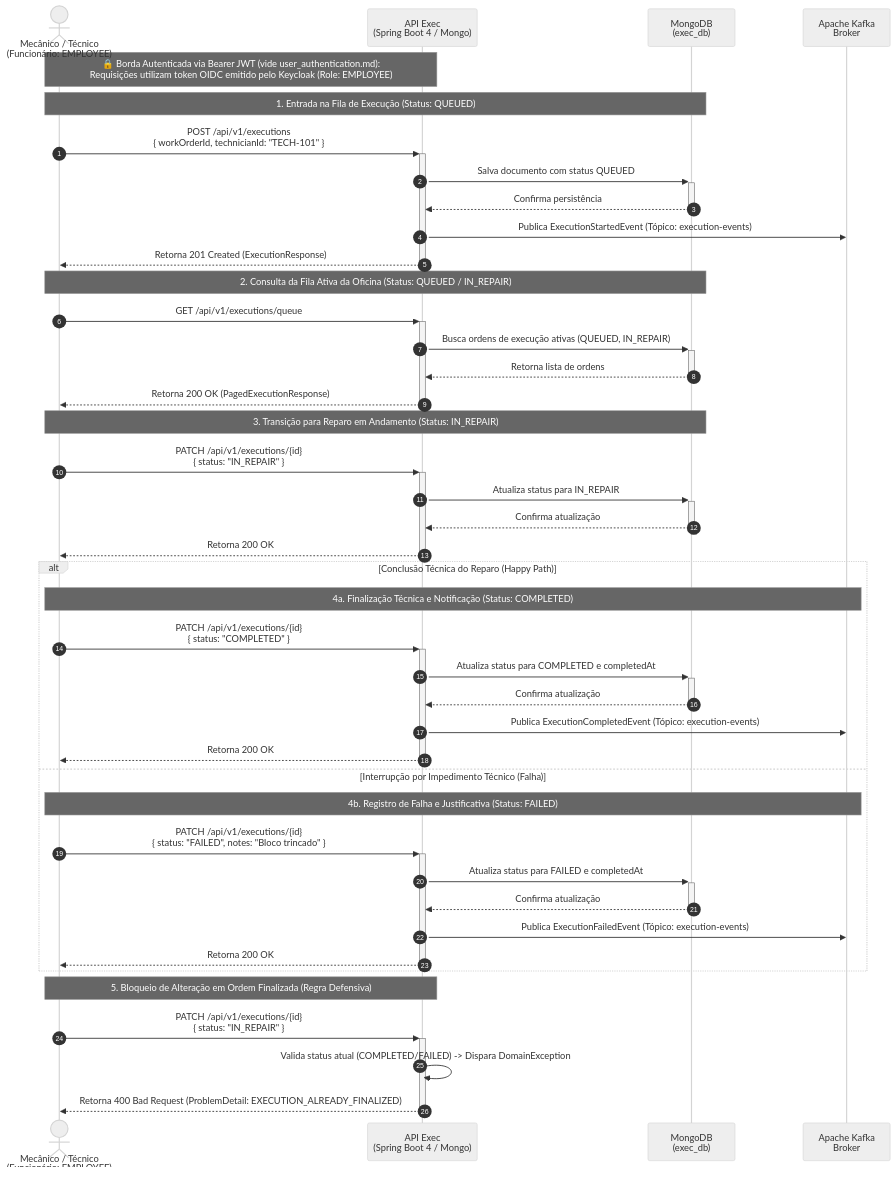
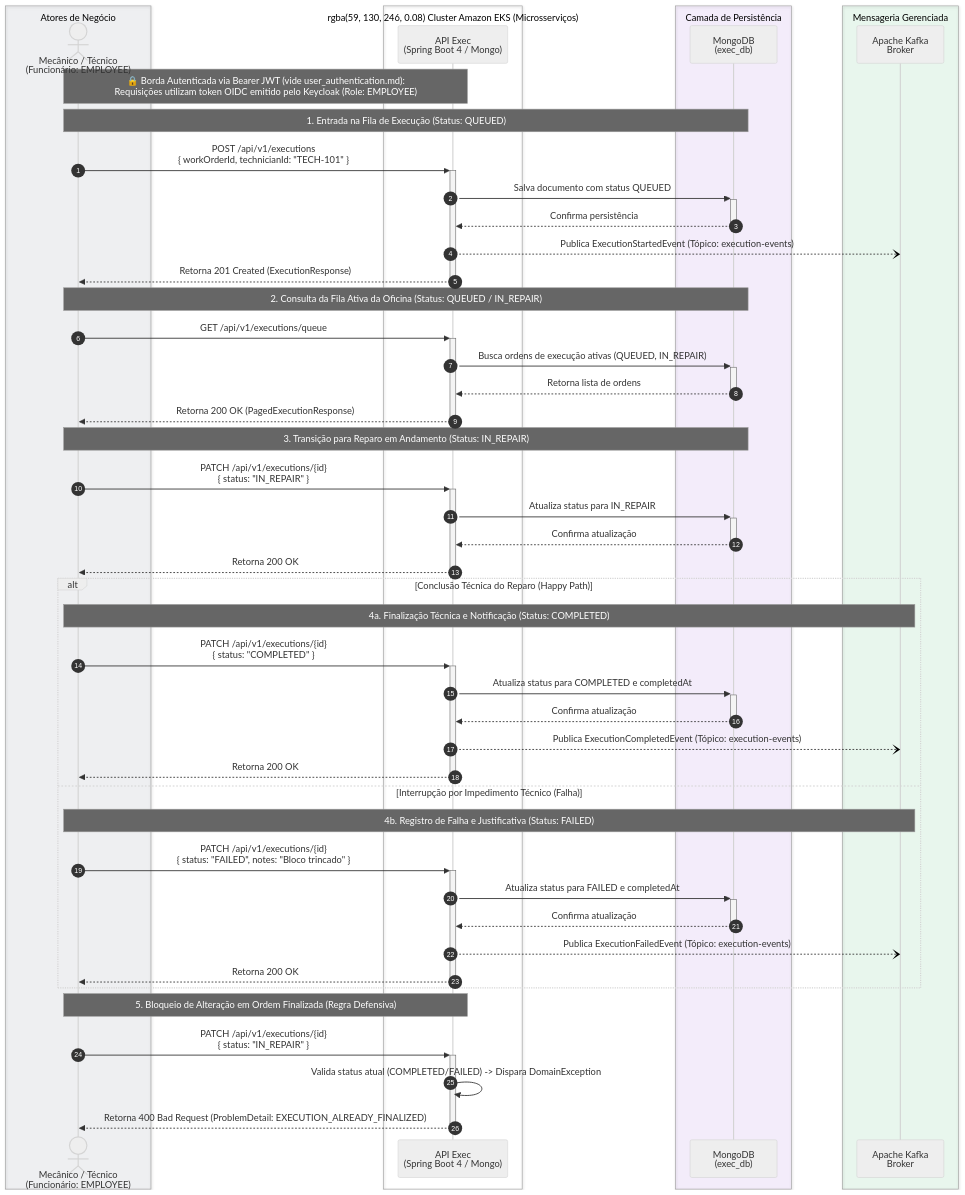
One commit to rodsordi/15soat-phase4-e2e changed the diagram in src/test/resources/features/exec/execution_queue_and_repair.md. Above: the diagram before and after it, drawn with Mermaid (neutral theme). The commit also changed other lines of this file and 19 other files, not shown here.

Commit message:
feat(e2e): update sequence diagrams, estimate lifecycle features and step definitions

````diff
--- a/src/test/resources/features/exec/execution_queue_and_repair.md
+++ b/src/test/resources/features/exec/execution_queue_and_repair.md
@@ -24,55 +17,63 @@
 ```mermaid
 sequenceDiagram
     autonumber
-    actor Mecanico as Mecânico / Técnico<br/>(Funcionário: EMPLOYEE)
-    participant Exec as API Exec<br/>(Spring Boot 4 / Mongo)
-    participant Mongo as MongoDB<br/>(exec_db)
-    participant Kafka as Apache Kafka<br/>Broker
+    box rgba(100, 116, 139, 0.08) Atores de Negócio
+        actor Mecanico as Mecânico / Técnico<br/>(Funcionário: EMPLOYEE)
+    end
+    box rgba(59, 130, 246, 0.08) Cluster Amazon EKS (Microsserviços)
+        participant Exec as API Exec<br/>(Spring Boot 4 / Mongo)
+    end
+    box rgba(168, 85, 247, 0.08) Camada de Persistência
+        participant Mongo as MongoDB<br/>(exec_db)
+    end
+    box rgba(34, 197, 94, 0.08) Mensageria Gerenciada
+        participant Kafka as Apache Kafka<br/>Broker
+    end
 
     Note over Mecanico,Exec: 🔒 Borda Autenticada via Bearer JWT (vide user_authentication.md):<br/>Requisições utilizam token OIDC emitido pelo Keycloak (Role: EMPLOYEE)
 
     %% Entrada na Fila
     Note over Mecanico,Mongo: 1. Entrada na Fila de Execução (Status: QUEUED)
     Mecanico->>+Exec: POST /api/v1/executions<br/>{ workOrderId, technicianId: "TECH-101" }
     Exec->>+Mongo: Salva documento com status QUEUED
     Mongo-->>-Exec: Confirma persistência
-    Exec->>Kafka: Publica ExecutionStartedEvent (Tópico: execution-events)
+    Exec--)Kafka: Publica ExecutionStartedEvent (Tópico: execution-events)
     Exec-->>-Mecanico: Retorna 201 Created (ExecutionResponse)
 
     %% Consulta da Fila Operacional
     Note over Mecanico,Mongo: 2. Consulta da Fila Ativa da Oficina (Status: QUEUED / IN_REPAIR)
     Mecanico->>+Exec: GET /api/v1/executions/queue
     Exec->>+Mongo: Busca ordens de execução ativas (QUEUED, IN_REPAIR)
     Mongo-->>-Exec: Retorna lista de ordens
     Exec-->>-Mecanico: Retorna 200 OK (PagedExecutionResponse)
 
     %% Início dos Reparos
     Note over Mecanico,Mongo: 3. Transição para Reparo em Andamento (Status: IN_REPAIR)
     Mecanico->>+Exec: PATCH /api/v1/executions/{id}<br/>{ status: "IN_REPAIR" }
     Exec->>+Mongo: Atualiza status para IN_REPAIR
     Mongo-->>-Exec: Confirma atualização
     Exec-->>-Mecanico: Retorna 200 OK
 
     %% Conclusão ou Falha dos Reparos
     alt Conclusão Técnica do Reparo (Happy Path)
         Note over Mecanico,Kafka: 4a. Finalização Técnica e Notificação (Status: COMPLETED)
         Mecanico->>+Exec: PATCH /api/v1/executions/{id}<br/>{ status: "COMPLETED" }
         Exec->>+Mongo: Atualiza status para COMPLETED e completedAt
         Mongo-->>-Exec: Confirma atualização
-        Exec->>Kafka: Publica ExecutionCompletedEvent (Tópico: execution-events)
+        Exec--)Kafka: Publica ExecutionCompletedEvent (Tópico: execution-events)
         Exec-->>-Mecanico: Retorna 200 OK
     else Interrupção por Impedimento Técnico (Falha)
         Note over Mecanico,Kafka: 4b. Registro de Falha e Justificativa (Status: FAILED)
         Mecanico->>+Exec: PATCH /api/v1/executions/{id}<br/>{ status: "FAILED", notes: "Bloco trincado" }
         Exec->>+Mongo: Atualiza status para FAILED e completedAt
         Mongo-->>-Exec: Confirma atualização
-        Exec->>Kafka: Publica ExecutionFailedEvent (Tópico: execution-events)
+        Exec--)Kafka: Publica ExecutionFailedEvent (Tópico: execution-events)
         Exec-->>-Mecanico: Retorna 200 OK
     end
 
     %% Regra de Negócio: Bloqueio Pós-Finalização
     Note over Mecanico,Exec: 5. Bloqueio de Alteração em Ordem Finalizada (Regra Defensiva)
     Mecanico->>+Exec: PATCH /api/v1/executions/{id}<br/>{ status: "IN_REPAIR" }
     Exec->>Exec: Valida status atual (COMPLETED/FAILED) -> Dispara DomainException
     Exec-->>-Mecanico: Retorna 400 Bad Request (ProblemDetail: EXECUTION_ALREADY_FINALIZED)
 ```
````
